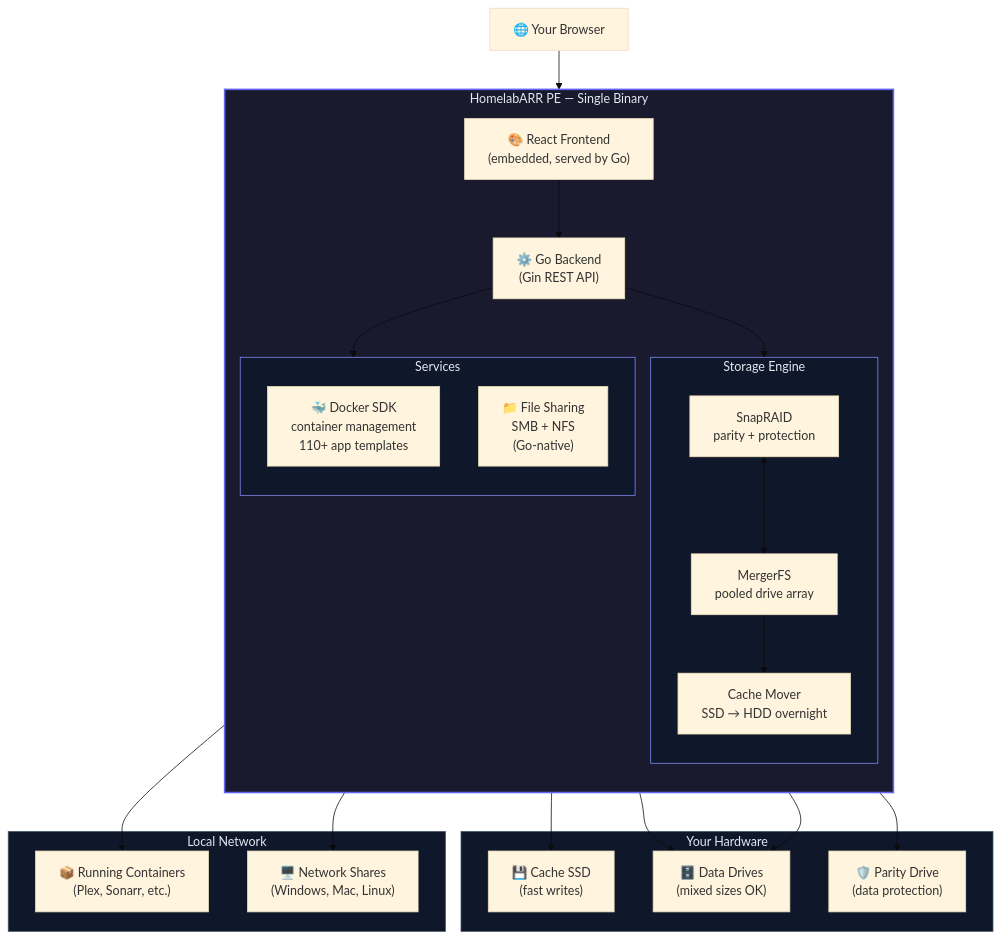
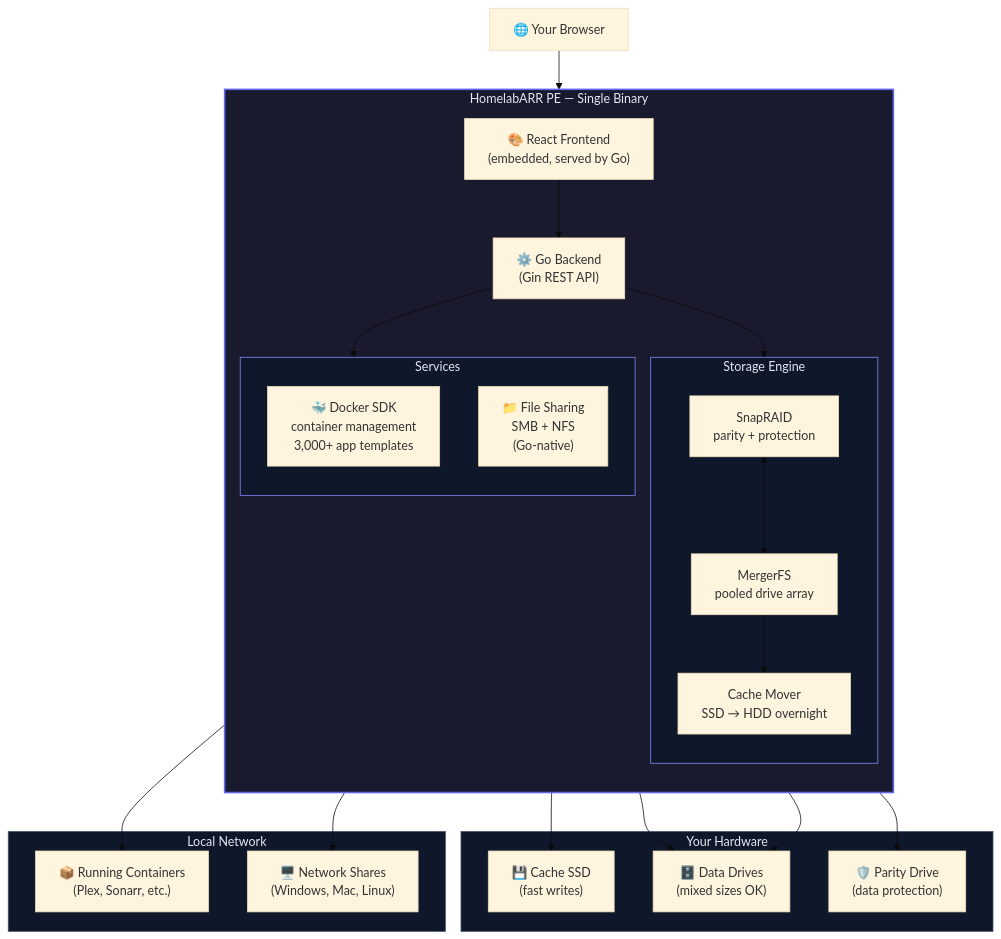
The diagram in wiki/docs/pe/overview.md (smashingtags/homelabarr-ce), drawn with Mermaid (base theme) before and after one commit. The commit also changed other lines of this file and 7 other files, not shown here.

````diff
--- a/wiki/docs/pe/overview.md
+++ b/wiki/docs/pe/overview.md
@@ -55,52 +55,52 @@
 ```mermaid
 graph TD
     Browser["🌐 Your Browser"]
 
     subgraph Binary["HomelabARR PE — Single Binary"]
         direction TB
         FE["🎨 React Frontend<br/>(embedded, served by Go)"]
         API["⚙️ Go Backend<br/>(Gin REST API)"]
 
         subgraph Storage["Storage Engine"]
             SR["SnapRAID<br/>parity + protection"]
             MFS["MergerFS<br/>pooled drive array"]
             CM["Cache Mover<br/>SSD → HDD overnight"]
         end
 
         subgraph Services["Services"]
-            Docker["🐳 Docker SDK<br/>container management<br/>110+ app templates"]
+            Docker["🐳 Docker SDK<br/>container management<br/>3,000+ app templates"]
             FS["📁 File Sharing<br/>SMB + NFS<br/>(Go-native)"]
         end
 
         FE --> API
         API --> Storage
         API --> Services
         SR <--> MFS
         MFS --> CM
     end
 
     subgraph Hardware["Your Hardware"]
         SSD["💾 Cache SSD<br/>(fast writes)"]
         HDD["🗄️ Data Drives<br/>(mixed sizes OK)"]
         Parity["🛡️ Parity Drive<br/>(data protection)"]
     end
 
     subgraph Network["Local Network"]
         Containers["📦 Running Containers<br/>(Plex, Sonarr, etc.)"]
         Shares["🖥️ Network Shares<br/>(Windows, Mac, Linux)"]
     end
 
     Browser --> FE
     CM --> SSD
     CM --> HDD
     MFS --> HDD
     SR --> Parity
     Docker --> Containers
     FS --> Shares
 
     style Binary fill:#1a1a2e,stroke:#6366f1,stroke-width:2px,color:#e2e8f0
     style Storage fill:#0f172a,stroke:#818cf8,stroke-width:1px,color:#e2e8f0
     style Services fill:#0f172a,stroke:#818cf8,stroke-width:1px,color:#e2e8f0
     style Hardware fill:#0f172a,stroke:#475569,stroke-width:1px,color:#e2e8f0
     style Network fill:#0f172a,stroke:#475569,stroke-width:1px,color:#e2e8f0
 ```
````
